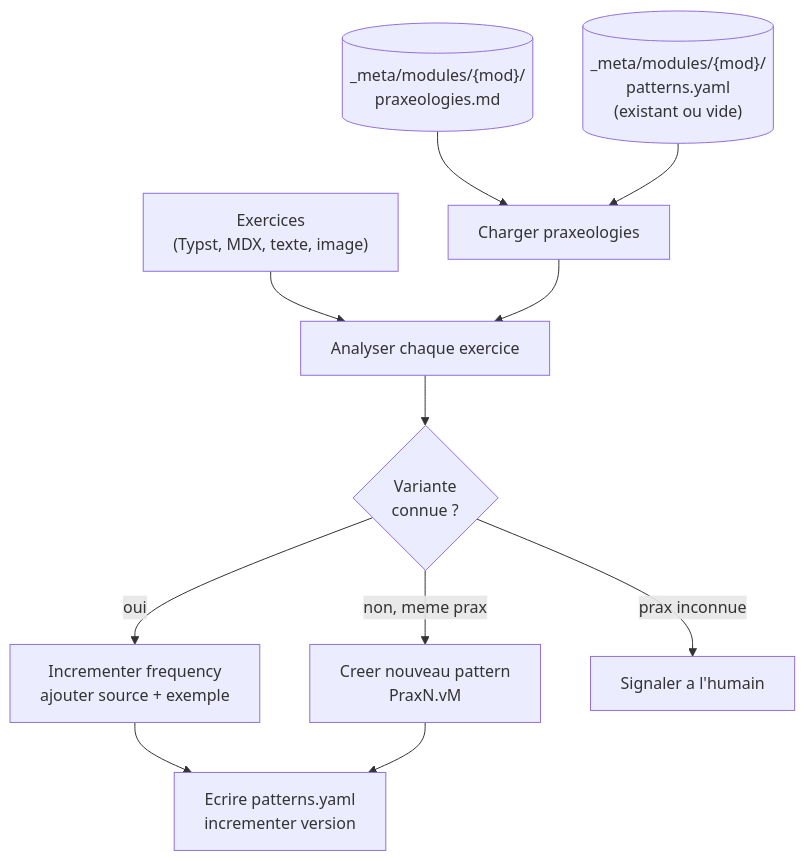
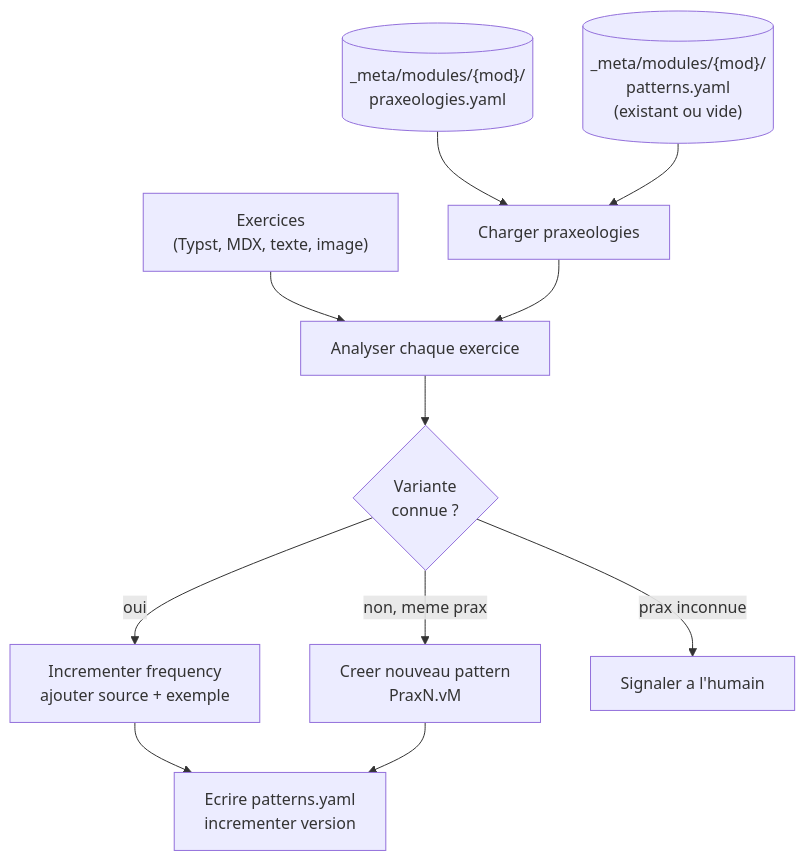
The fourth of 8 diagrams in docs/content-agentic-workflow.md (bilalYezzaGit/learning-web), drawn with Mermaid before and after one commit. The commit also changed other lines of this file and 51 other files, not shown here.

First line of the commit message:
Aligner skills et docs sur _meta YAML + regenerer continuite (test non-regression)

````diff
--- a/docs/content-agentic-workflow.md
+++ b/docs/content-agentic-workflow.md
@@ -157,13 +158,13 @@
 ```mermaid
 flowchart TD
-    KB[("_meta/modules/{mod}/\npraxeologies.md")] --> Load["Charger praxeologies"]
+    KB[("_meta/modules/{mod}/\npraxeologies.yaml")] --> Load["Charger praxeologies"]
     PAT[("_meta/modules/{mod}/\npatterns.yaml\n(existant ou vide)")] --> Load
     Source["Exercices\n(Typst, MDX, texte, image)"] --> Analyse["Analyser chaque exercice"]
     Load --> Analyse
     Analyse --> Class{"Variante\nconnue ?"}
     Class -->|"oui"| Incr["Incrementer frequency\najouter source + exemple"]
     Class -->|"non, meme prax"| New["Creer nouveau pattern\nPraxN.vM"]
     Class -->|"prax inconnue"| Alert["Signaler a l'humain"]
     Incr --> Write["Ecrire patterns.yaml\nincrementer version"]
     New --> Write
 ```
````
